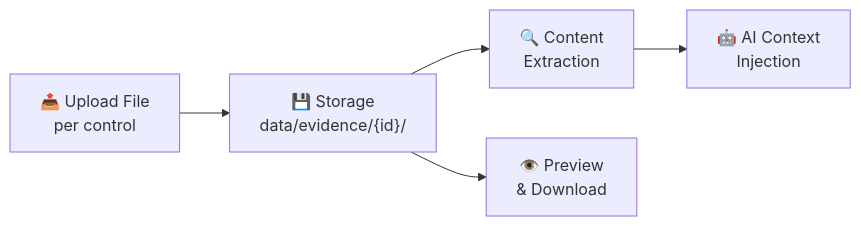
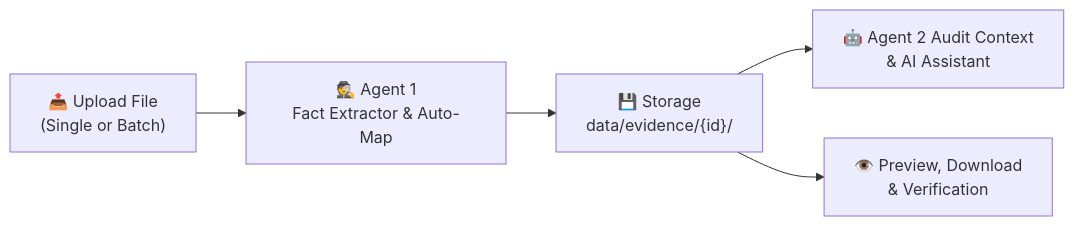
The fourth of 5 diagrams in docs/vi/iso_assessment_form.md (NghiaDinh03/CyberAI-Assessment-project), drawn with Mermaid before and after one commit. The commit also changed other lines of this file and 94 other files, not shown here.

Commit message:
feat(pipeline): standardize unified assessment schema, runtime audit telemetry, masked evidence manifests, and artifact consistency validation

````diff
--- a/docs/vi/iso_assessment_form.md
+++ b/docs/vi/iso_assessment_form.md
@@ -296,7 +297,7 @@
 ```mermaid
 flowchart LR
-    U["📤 Upload File<br>per control"] --> S["💾 Storage<br>data/evidence/{id}/"]
-    S --> E["🔍 Content<br>Extraction"]
-    E --> AI["🤖 AI Context<br>Injection"]
-    S --> P["👁️ Preview<br>& Download"]
+    U["📤 Upload File<br>(Single or Batch)"] --> A1["🕵️ Agent 1<br>Fact Extractor & Auto-Map"]
+    A1 --> S["💾 Storage<br>data/evidence/{id}/"]
+    S --> AI["🤖 Agent 2 Audit Context<br>& AI Assistant"]
+    S --> P["👁️ Preview, Download<br>& Verification"]
 ```
````
